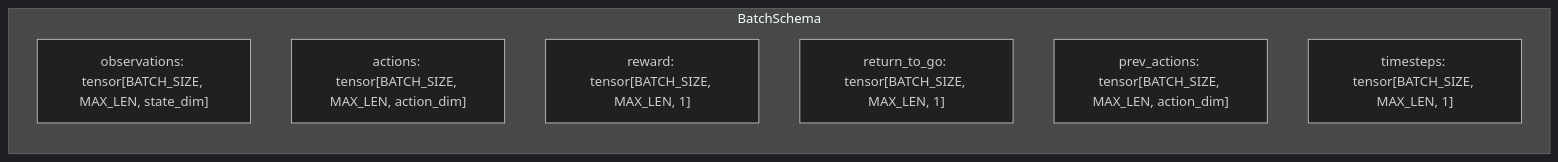
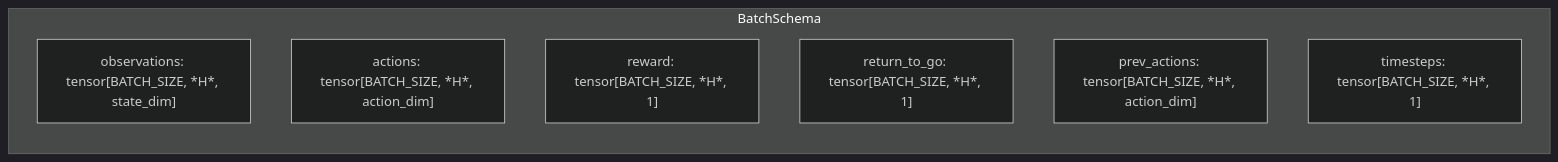
Before and after one commit to KevinBian107/Latent-Planning-as-Optimization: the sixth of 6 diagrams in data/data_schema.md, drawn with Mermaid (dark theme). The commit also changed other lines of this file, not shown here.

````diff
--- a/data/data_schema.md
+++ b/data/data_schema.md
@@ -108,11 +129,11 @@
 ```mermaid
 graph LR
     subgraph BatchSchema
-        B_obs["observations: tensor[BATCH_SIZE, MAX_LEN, state_dim]"]
-        B_actions["actions: tensor[BATCH_SIZE, MAX_LEN, action_dim]"]
-        B_reward["reward: tensor[BATCH_SIZE, MAX_LEN, 1]"]
-        B_rtg["return_to_go: tensor[BATCH_SIZE, MAX_LEN, 1]"]
-        B_prev_actions["prev_actions: tensor[BATCH_SIZE, MAX_LEN, action_dim]"]
-        B_timesteps["timesteps: tensor[BATCH_SIZE, MAX_LEN, 1]"]
+        B_obs["observations: tensor[BATCH_SIZE, *H*, state_dim]"]
+        B_actions["actions: tensor[BATCH_SIZE, *H*, action_dim]"]
+        B_reward["reward: tensor[BATCH_SIZE, *H*, 1]"]
+        B_rtg["return_to_go: tensor[BATCH_SIZE, *H*, 1]"]
+        B_prev_actions["prev_actions: tensor[BATCH_SIZE, *H*, action_dim]"]
+        B_timesteps["timesteps: tensor[BATCH_SIZE, *H*, 1]"]
 end
 ```
````
